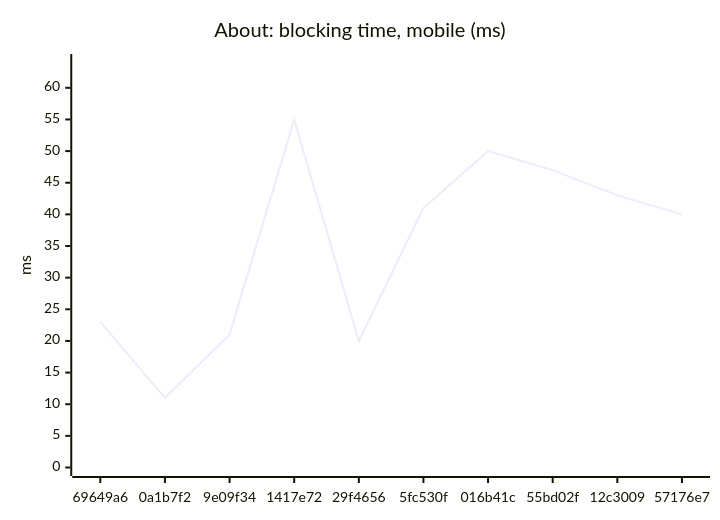
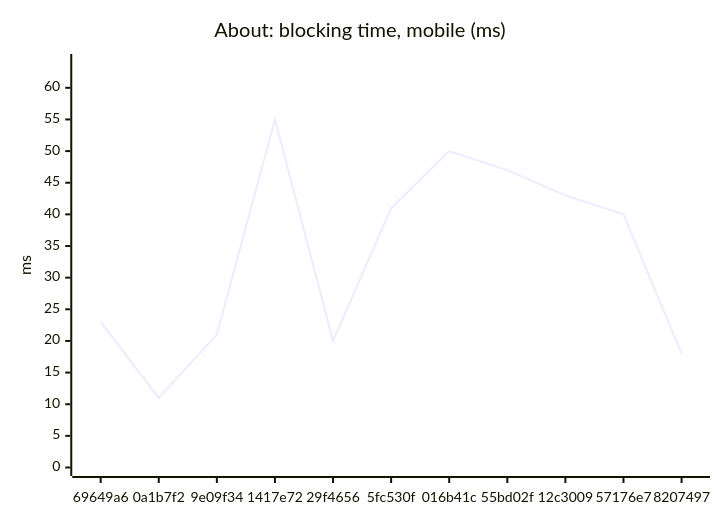
Before and after one commit to AxelUser/maltsev.space: the sixth of 18 diagrams in README.md, drawn with Mermaid. The commit also changed other lines of this file and 1 other file, not shown here.

````diff
--- a/README.md
+++ b/README.md
@@ -79,7 +79,7 @@
 ```mermaid
 xychart-beta
   title "About: blocking time, mobile (ms)"
-  x-axis ["69649a6", "0a1b7f2", "9e09f34", "1417e72", "29f4656", "5fc530f", "016b41c", "55bd02f", "12c3009", "57176e7"]
+  x-axis ["69649a6", "0a1b7f2", "9e09f34", "1417e72", "29f4656", "5fc530f", "016b41c", "55bd02f", "12c3009", "57176e7", "8207497"]
   y-axis "ms" 0 --> 64
-  line [23, 11, 21, 55, 20, 41, 50, 47, 43, 40]
+  line [23, 11, 21, 55, 20, 41, 50, 47, 43, 40, 18]
 ```
````
